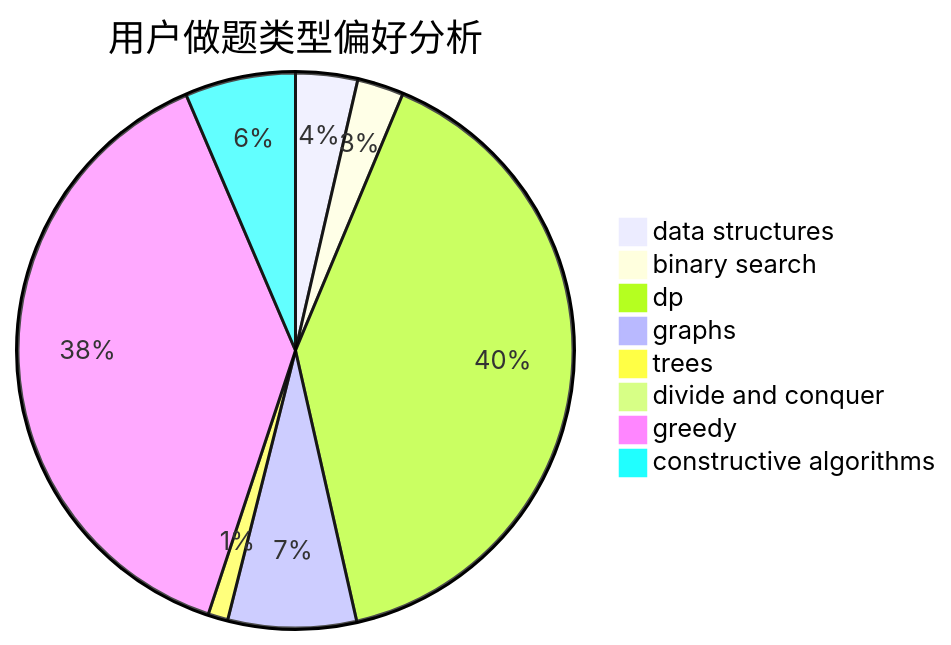
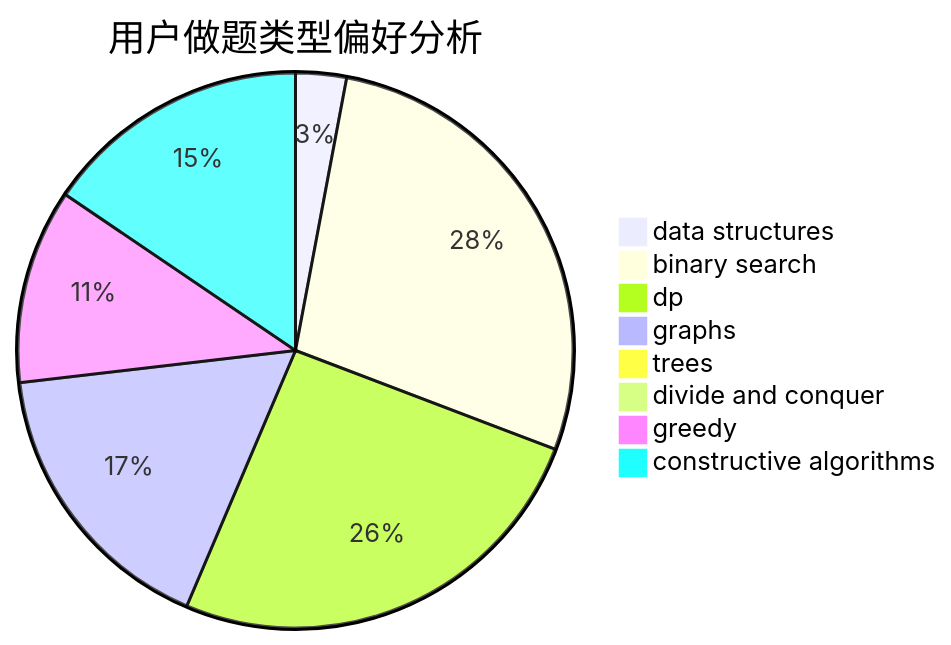
Before and after one commit to sherpahu/cfrs.github.io: the second of 3 diagrams in docs/user/u1966.md, drawn with Mermaid. The commit also changed other lines of this file and 2770 other files, not shown here.

````diff
--- a/docs/user/u1966.md
+++ b/docs/user/u1966.md
@@ -23,11 +23,11 @@
 ```mermaid
 pie title 用户做题类型偏好分析
-    "data structures" :  28
-    "binary search" :  21
-    "dp" :  312
-    "graphs" :  58
-    "trees" :  9
-    "divide and conquer" :  2
-    "greedy" :  299
-    "constructive algorithms" :  50
+    "data structures" :  12
+    "binary search" :  113
+    "dp" :  104
+    "graphs" :  68
+    "trees" :  1
+    "divide and conquer" :  0
+    "greedy" :  46
+    "constructive algorithms" :  63
 ```
````
